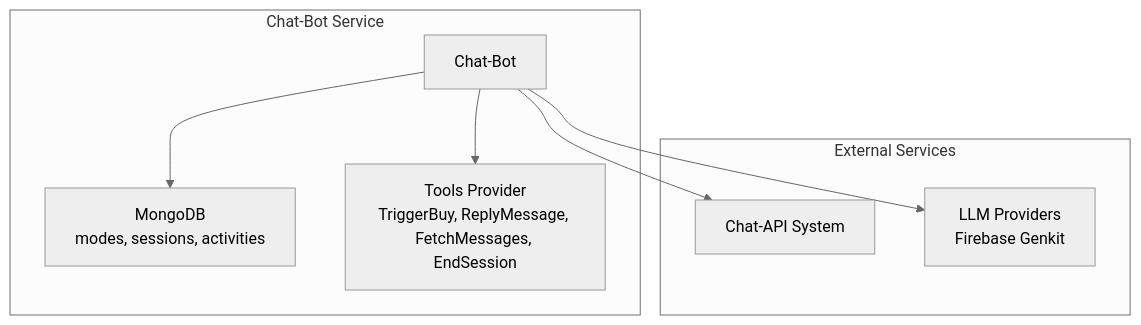
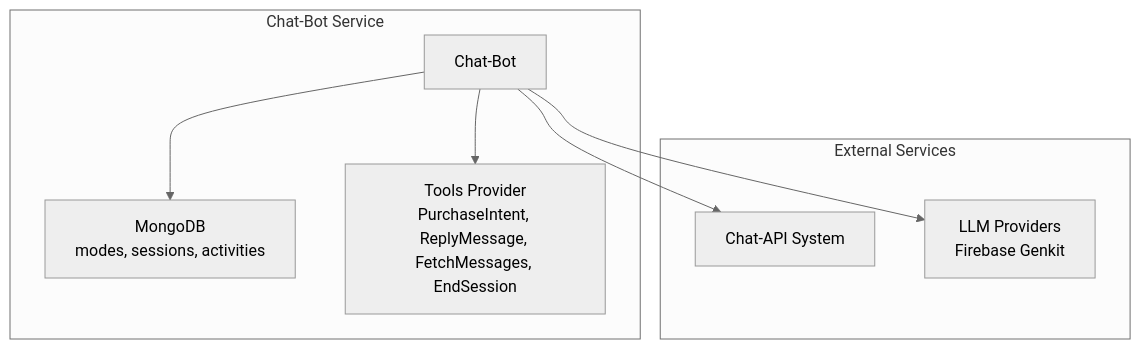
Before and after one commit to nguyentranbao-ct/chat-bot: the first of 2 diagrams in docs/architecture.md, drawn with Mermaid (neutral theme). The commit also changed other lines of this file and 61 other files, not shown here.

````diff
--- a/docs/architecture.md
+++ b/docs/architecture.md
@@ -11,16 +11,16 @@
 ```mermaid
 graph TB
     subgraph "Chat-Bot Service"
         CB[Chat-Bot]
         CB --> CBDB[MongoDB<br/>modes, sessions, activities]
-        CB --> TOOLS[Tools Provider<br/>TriggerBuy, ReplyMessage, FetchMessages, EndSession]
+        CB --> TOOLS[Tools Provider<br/>PurchaseIntent, ReplyMessage, FetchMessages, EndSession]
     end
 
     subgraph "External Services"
         CAPIS[Chat-API System]
         LLM[LLM Providers<br/>Firebase Genkit]
     end
 
     CB --> CAPIS
     CB --> LLM
 ```
````
